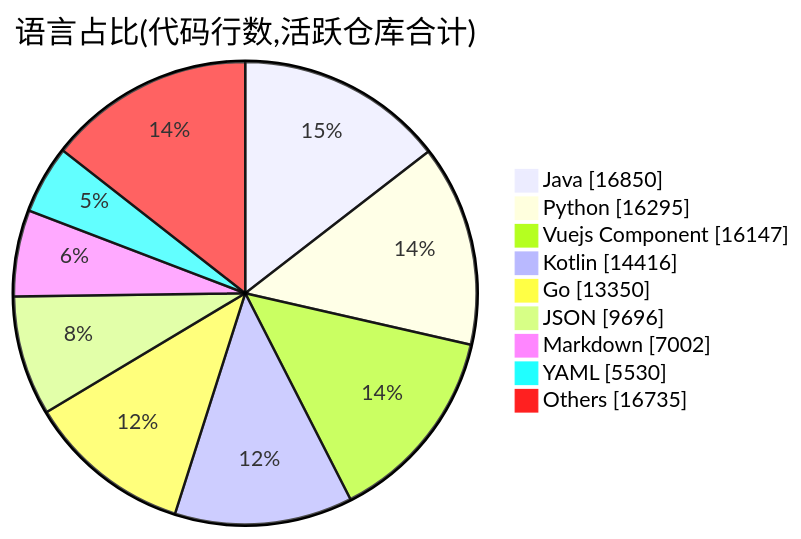
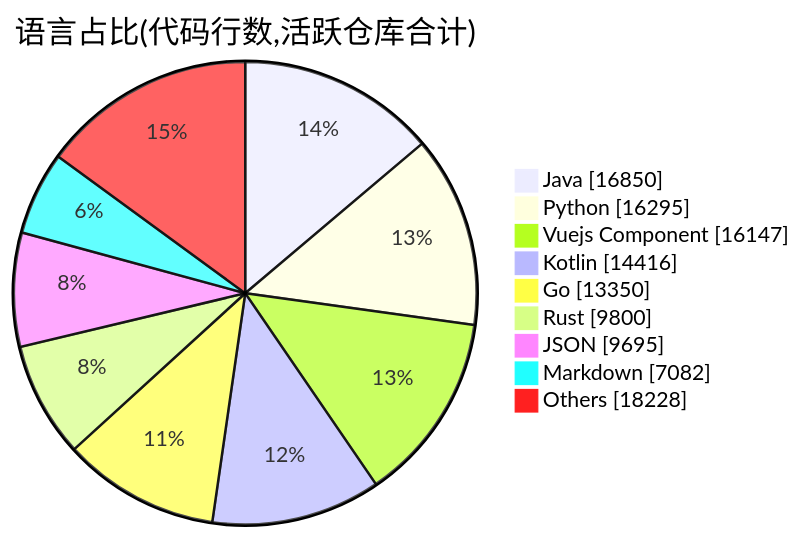
One commit to Conflux-Union/.github changed the second of 2 diagrams in profile/README.md. Above: the diagram before and after it, drawn with Mermaid. The commit also changed other lines of this file and 1 other file, not shown here.

````diff
--- a/profile/README.md
+++ b/profile/README.md
@@ -78,13 +78,13 @@
 ```mermaid
 pie showData
     title 语言占比(代码行数,活跃仓库合计)
     "Java" : 16850
     "Python" : 16295
     "Vuejs Component" : 16147
     "Kotlin" : 14416
     "Go" : 13350
-    "JSON" : 9696
-    "Markdown" : 7002
-    "YAML" : 5530
-    "Others" : 16735
+    "Rust" : 9800
+    "JSON" : 9695
+    "Markdown" : 7082
+    "Others" : 18228
 ```
````
